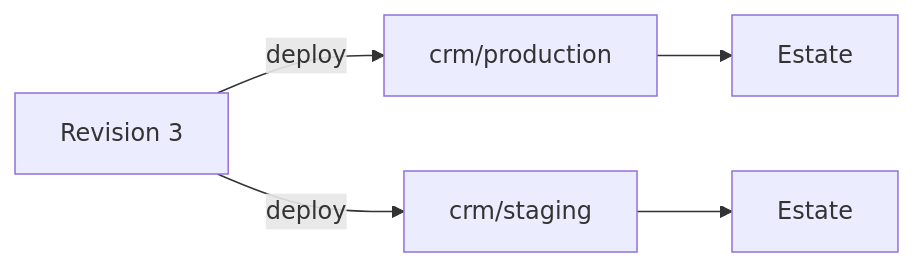
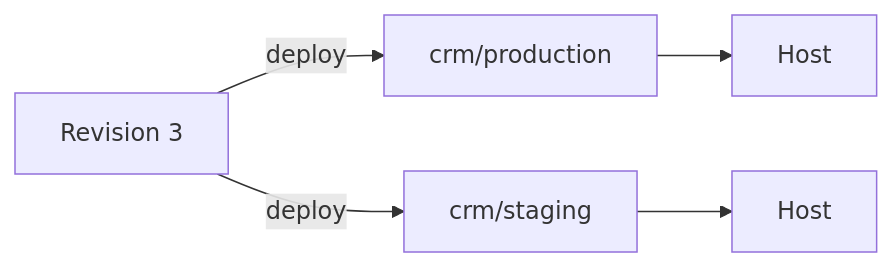
Before and after one commit to alepha-dev/alepha: the diagram in lore/docs/7-apps/8-stacks.md, drawn with Mermaid. The commit also changed other lines of this file and 76 other files, not shown here.

````diff
--- a/lore/docs/7-apps/8-stacks.md
+++ b/lore/docs/7-apps/8-stacks.md
@@ -39,7 +39,7 @@
 ```mermaid
 flowchart LR
   Revision[Revision 3] -->|deploy| Env1[crm/production]
   Revision -->|deploy| Env2[crm/staging]
-  Env1 --> Estate1[Estate]
-  Env2 --> Estate2[Estate]
+  Env1 --> Host1[Host]
+  Env2 --> Host2[Host]
 ```
````
